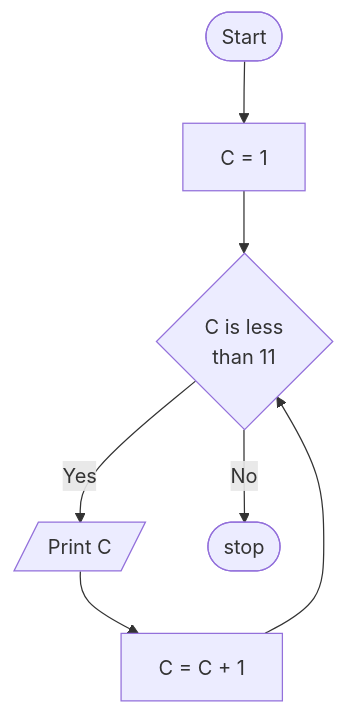
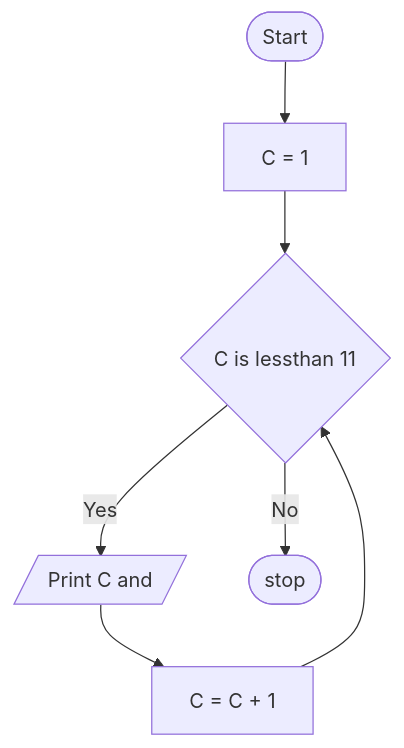
Before and after one commit to zk-007/AutiStudy-App: the tenth of 25 diagrams in frontend/books_mds/Grade 7/comp/comp_7.md, drawn with Mermaid. The commit also changed other lines of this file and 12 other files, not shown here.

````diff
--- a/frontend/books_mds/Grade 7/comp/comp_7.md
+++ b/frontend/books_mds/Grade 7/comp/comp_7.md
@@ -2712,9 +2573,9 @@
 ```mermaid
-flowchart TD
+graph TD
     Start([Start]) --> Init[C = 1]
-    Init --> Decision{C is less<br/>than 11}
-    Decision -- Yes --> Print[/Print C/]
-    Print --> Increment[C = C + 1]
-    Increment --> Decision
+    Init --> Decision{C is lessthan 11}
+    Decision -- Yes --> Print[/Print C and/]
+    Print --> Inc[C = C + 1]
+    Inc --> Decision
     Decision -- No --> Stop([stop])
 ```
````
